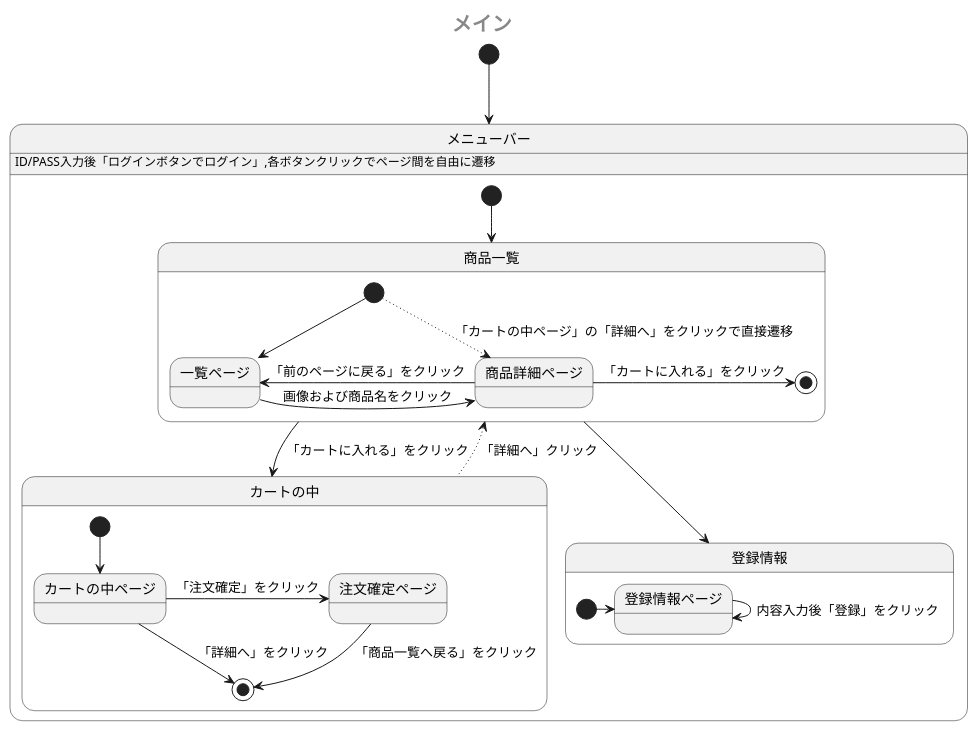
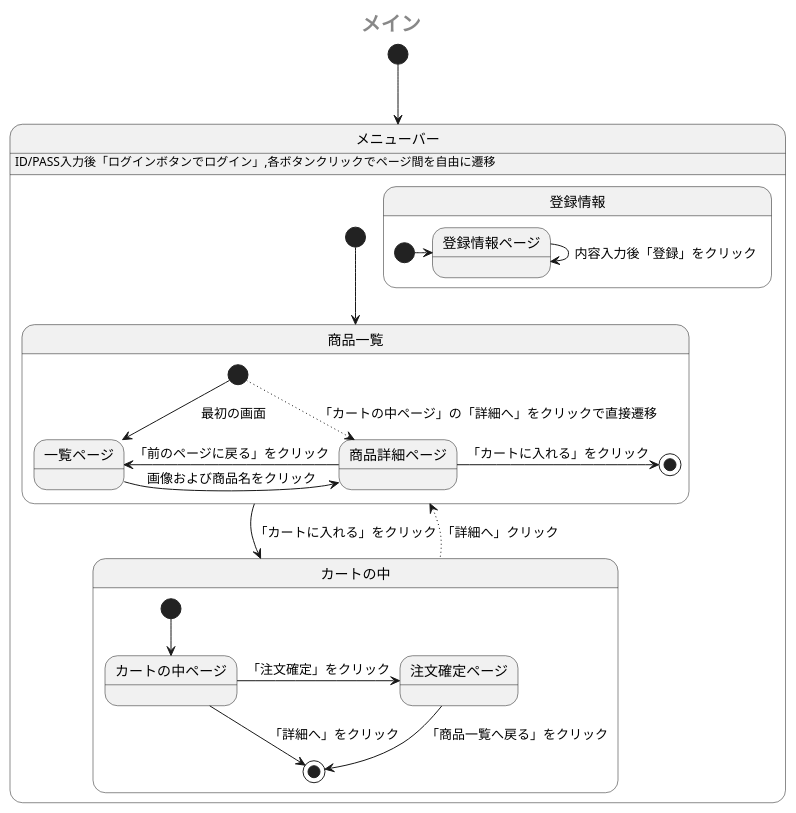
One commit to Aso2001385/2021sys-design changed the first of 2 diagrams in sample/StateMachine.md. Above: the diagram before and after it, drawn with PlantUML.

````diff
--- a/sample/StateMachine.md
+++ b/sample/StateMachine.md
@@ -1,33 +1,32 @@
 ```uml
 @startuml
  center header <size:20><b>メイン</b></size>
  [*] --> メニューバー
  state メニューバー {
    メニューバー: ID/PASS入力後「ログインボタンでログイン」,各ボタンクリックでページ間を自由に遷移
    [*] --> 商品一覧
    state 商品一覧 {
-    [*] --> 一覧ページ
+    [*] --> 一覧ページ:　最初の画面
     [*] -[dotted]-> 商品詳細ページ: 「カートの中ページ」の「詳細へ」をクリックで直接遷移
     一覧ページ -right-> 商品詳細ページ: 画像および商品名をクリック
     商品詳細ページ -left-> 一覧ページ: 「前のページに戻る」をクリック
     商品詳細ページ -right-> [*]: 「カートに入れる」をクリック
     
    }
    商品一覧 -down-> カートの中:「カートに入れる」をクリック
    state カートの中 {
     [*] --> カートの中ページ
     カートの中ページ --> [*]:「詳細へ」をクリック
     カートの中ページ -> 注文確定ページ:「注文確定」をクリック 
     注文確定ページ --> [*]: 「商品一覧へ戻る」をクリック
    }
    カートの中 -up[dotted]-> 商品一覧:「詳細へ」クリック
-   商品一覧 --> 登録情報
    state 登録情報{
     [*] -> 登録情報ページ
     登録情報ページ -down> 登録情報ページ:内容入力後「登録」をクリック
    }
    
  }
  
 @enduml
 ```
````
